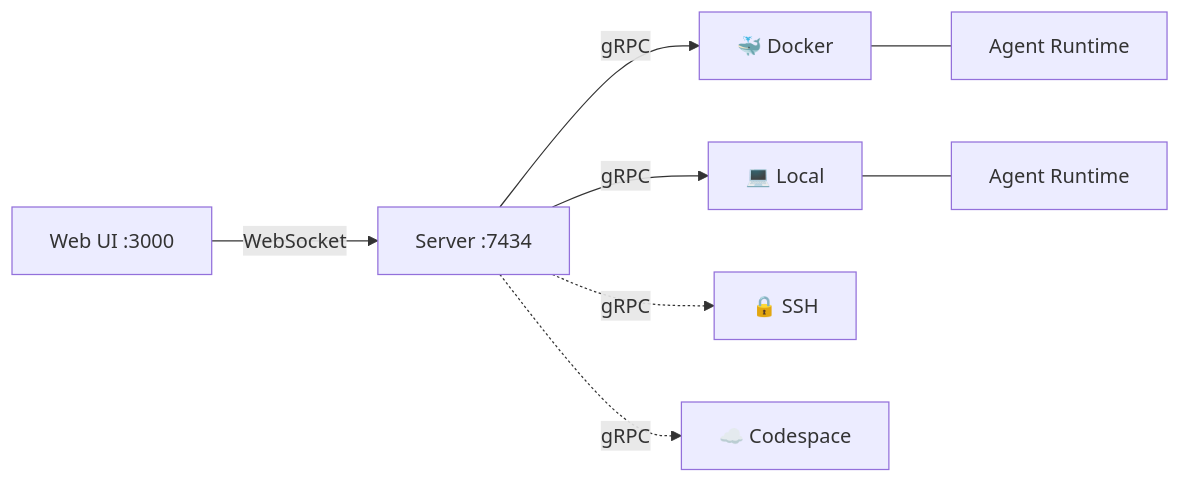
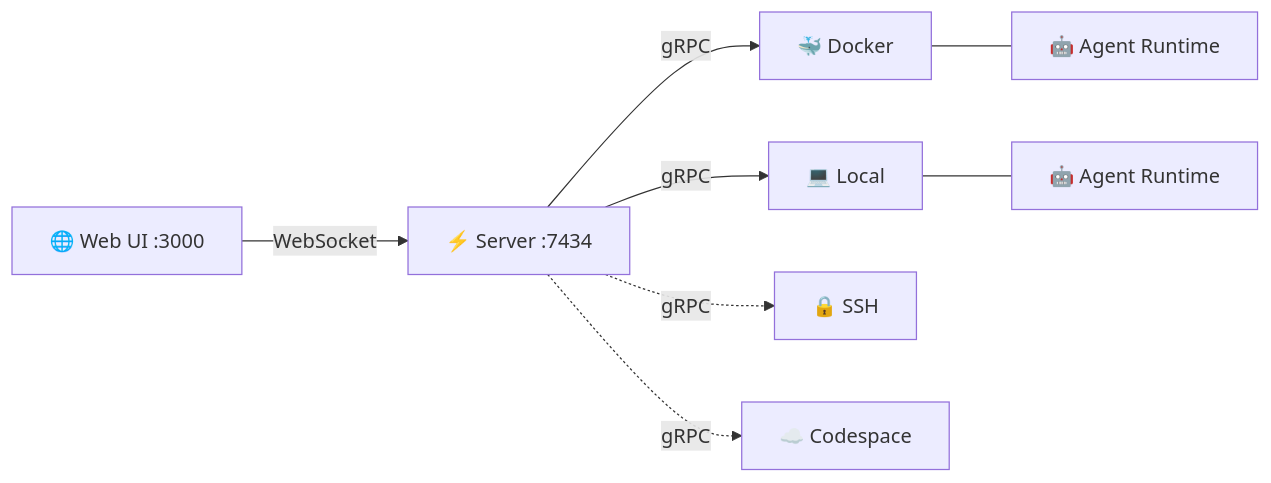
The diagram in README.md (nick-pape/grackle), drawn with Mermaid before and after one commit. The commit also changed other lines of this file, not shown here.

````diff
--- a/README.md
+++ b/README.md
@@ -38,19 +40,19 @@
 ```mermaid
 graph LR
-    UI["Web UI :3000"]
-    Server["Server :7434"]
+    UI["🌐 Web UI :3000"]
+    Server["⚡ Server :7434"]
 
     Docker["🐳 Docker"]
     Local["💻 Local"]
     SSH["🔒 SSH"]
     CS["☁️ Codespace"]
 
     UI -- WebSocket --> Server
     Server -- gRPC --> Docker
     Server -- gRPC --> Local
     Server -. gRPC .-> SSH
     Server -. gRPC .-> CS
 
-    Docker --- Agent1["Agent Runtime"]
-    Local --- Agent2["Agent Runtime"]
+    Docker --- Agent1["🤖 Agent Runtime"]
+    Local --- Agent2["🤖 Agent Runtime"]
 ```
````
